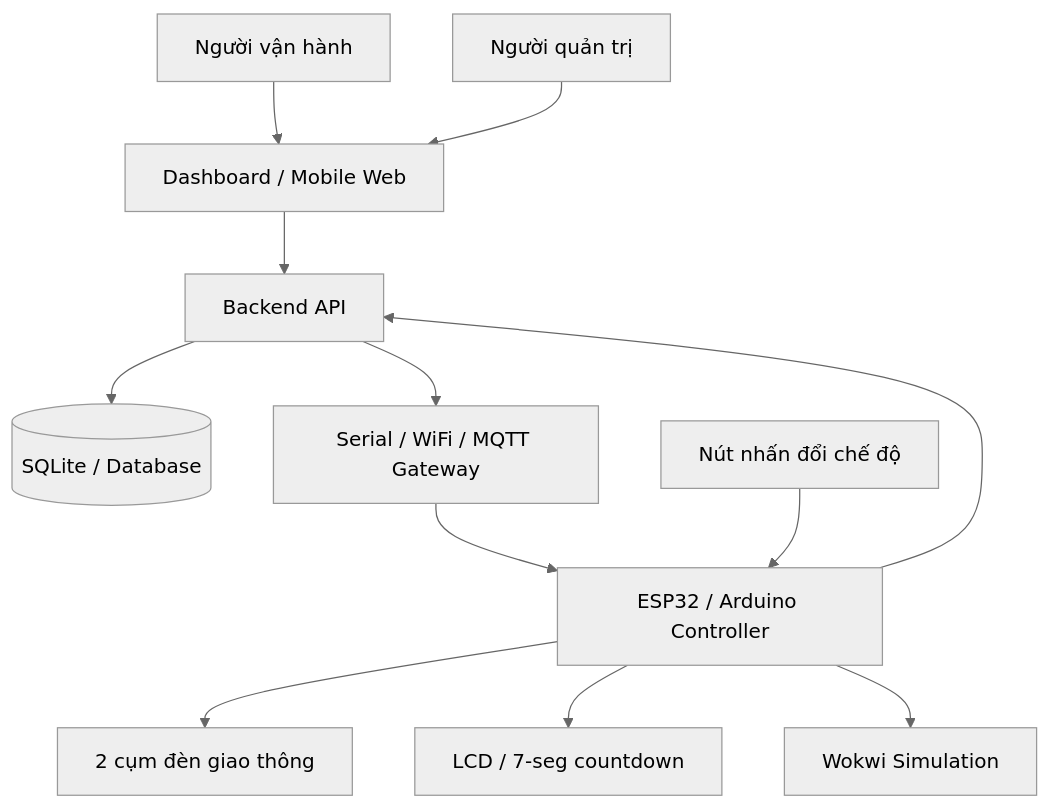
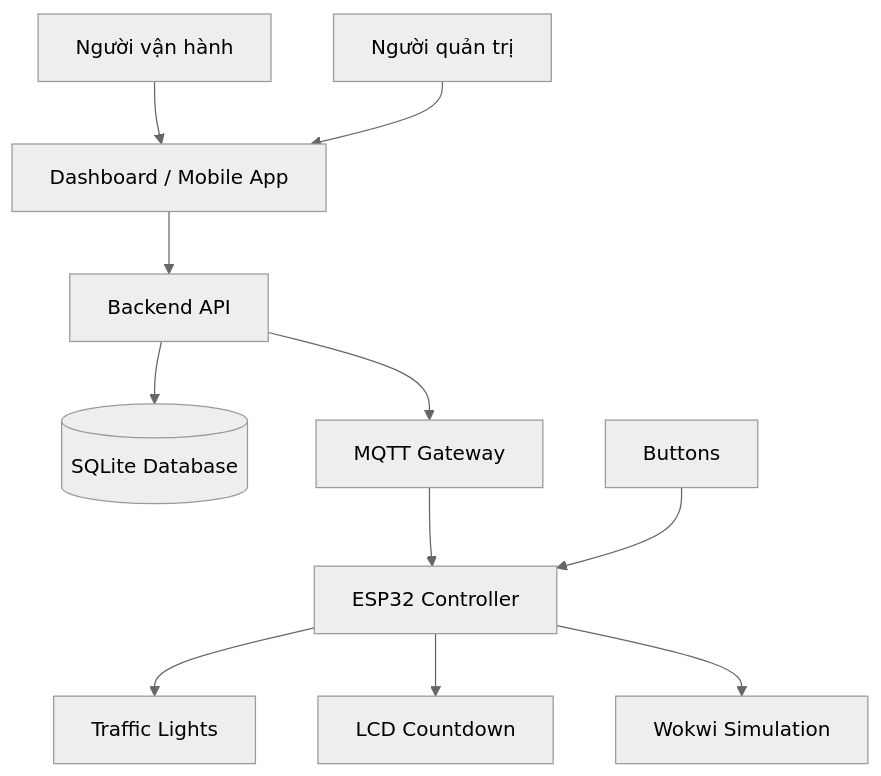
One commit to xuanhai0913/iot-traffic-light-wokwi changed the first of 7 diagrams in 09_so_do_thiet_ke.md. Above: the diagram before and after it, drawn with Mermaid (neutral theme). The commit also changed other lines of this file and 3 other files, not shown here.

````diff
--- a/09_so_do_thiet_ke.md
+++ b/09_so_do_thiet_ke.md
@@ -27,26 +37,43 @@
 ```mermaid
 flowchart TD
-    Operator["Người vận hành"]
-    Admin["Người quản trị"]
-    Dashboard["Dashboard / Mobile Web"]
-    Backend["Backend API"]
-    Database[("SQLite / Database")]
-    Gateway["Serial / WiFi / MQTT Gateway"]
-    Controller["ESP32 / Arduino Controller"]
-    Wokwi["Wokwi Simulation"]
-    Lights["2 cụm đèn giao thông"]
-    Display["LCD / 7-seg countdown"]
-    Buttons["Nút nhấn đổi chế độ"]
 
-    Operator --> Dashboard
-    Admin --> Dashboard
-    Dashboard --> Backend
-    Backend --> Database
-    Backend --> Gateway
-    Gateway --> Controller
-    Buttons --> Controller
-    Controller --> Lights
-    Controller --> Display
-    Controller --> Wokwi
-    Controller --> Backend
+Operator["Người vận hành"]
+Admin["Người quản trị"]
+
+Dashboard["Dashboard / Mobile App"]
+
+Backend["Backend API"]
+
+Database[("SQLite Database")]
+
+MQTT["MQTT Gateway"]
+
+ESP32["ESP32 Controller"]
+
+Wokwi["Wokwi Simulation"]
+
+Lights["Traffic Lights"]
+
+LCD["LCD Countdown"]
+
+Button["Buttons"]
+
+
+Operator --> Dashboard
+Admin --> Dashboard
+
+Dashboard --> Backend
+
+Backend --> Database
+
+Backend --> MQTT
+
+MQTT --> ESP32
+
+ESP32 --> Lights
+ESP32 --> LCD
+
+Button --> ESP32
+
+ESP32 --> Wokwi
 ```
````
